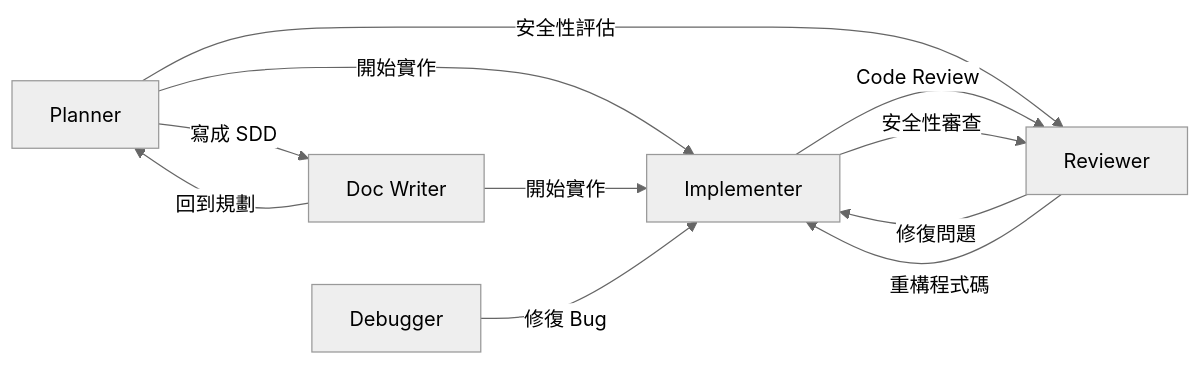
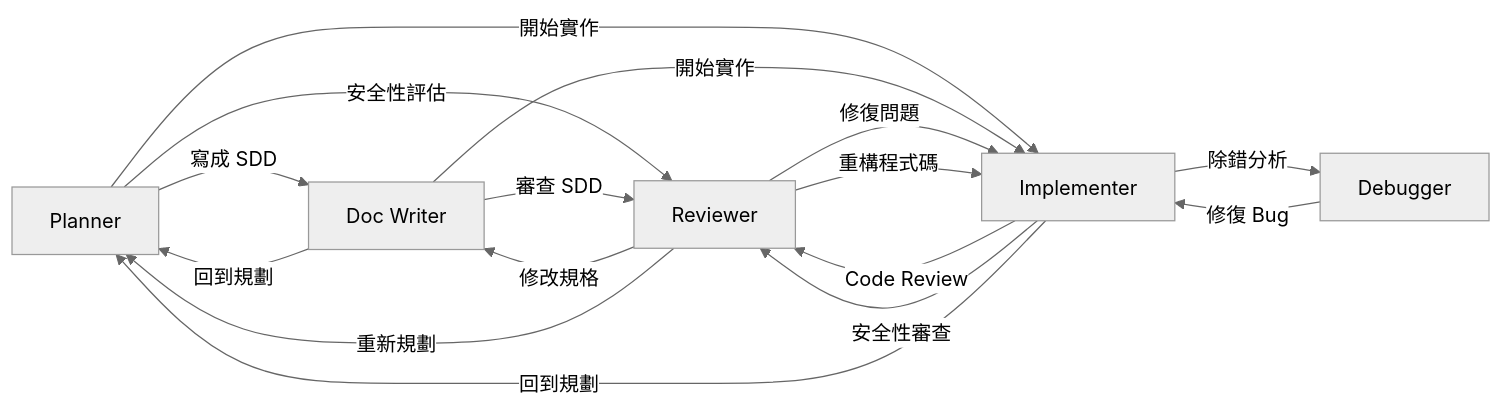
The first of 3 diagrams in README.zh-TW.md (zexion7873/copilot-setting), drawn with Mermaid (neutral theme) before and after one commit. The commit also changed 4 other files, not shown here.

First line of the commit message:
feat(agents): complete handoff graph with reverse and lateral buttons

````diff
--- a/README.zh-TW.md
+++ b/README.zh-TW.md
@@ -146,17 +146,22 @@
 ```mermaid
 flowchart LR
     Planner -->|"寫成 SDD"| DocWriter[Doc Writer]
     Planner -->|"開始實作"| Implementer
     Planner -->|"安全性評估"| Reviewer
 
+    DocWriter -->|"審查 SDD"| Reviewer
     DocWriter -->|"開始實作"| Implementer
     DocWriter -->|"回到規劃"| Planner
 
     Implementer -->|"Code Review"| Reviewer
     Implementer -->|"安全性審查"| Reviewer
+    Implementer -->|"除錯分析"| Debugger
+    Implementer -->|"回到規劃"| Planner
 
     Reviewer -->|"修復問題"| Implementer
     Reviewer -->|"重構程式碼"| Implementer
+    Reviewer -->|"修改規格"| DocWriter
+    Reviewer -->|"重新規劃"| Planner
 
     Debugger -->|"修復 Bug"| Implementer
 ```
````
